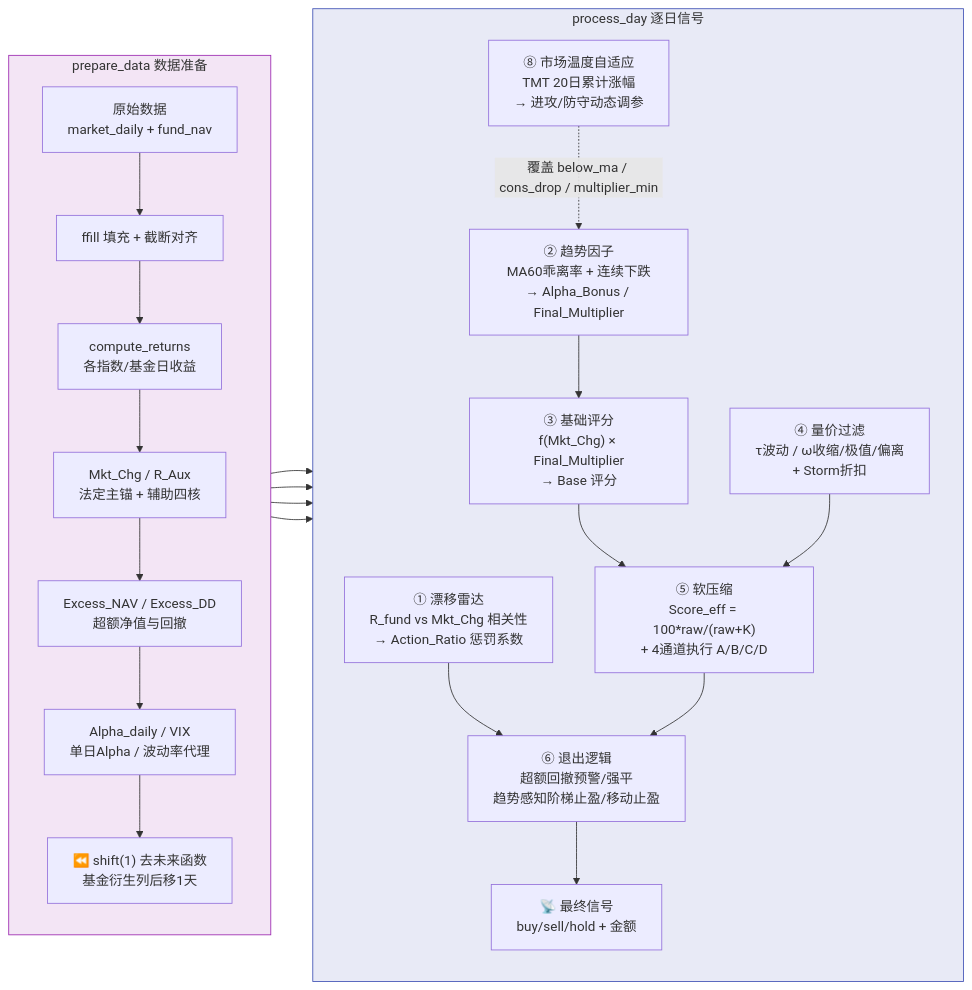
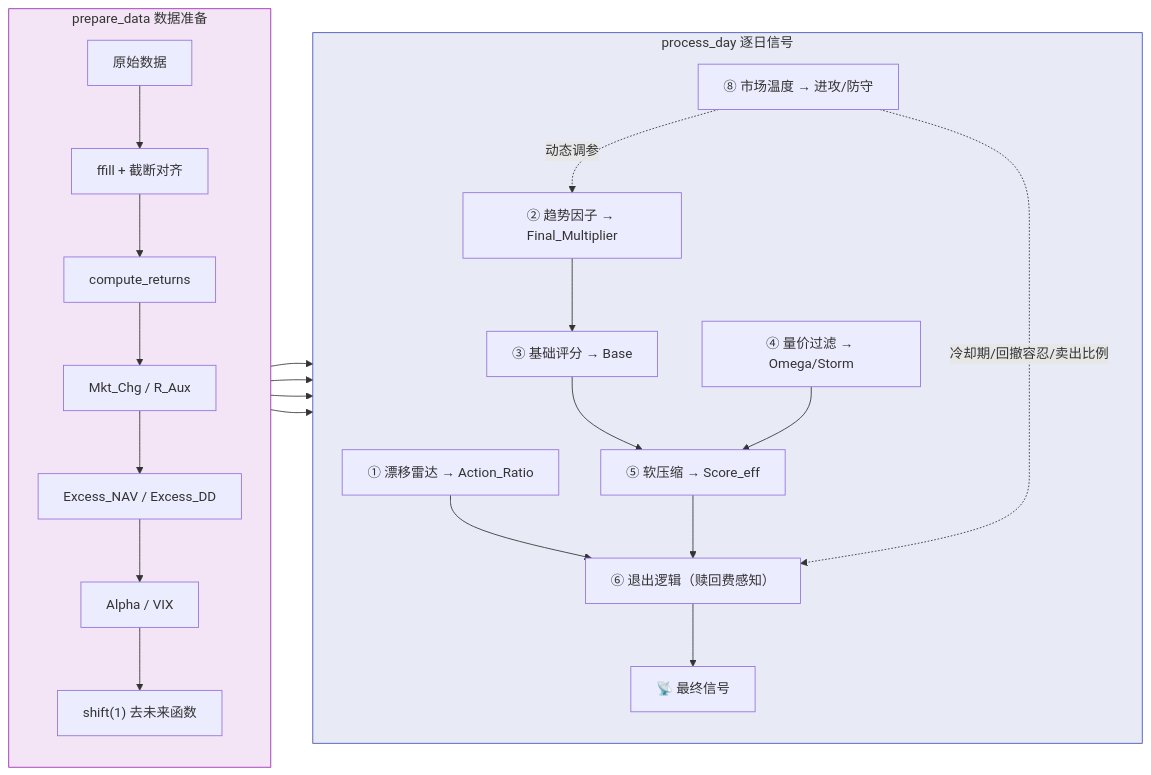
The second of 3 diagrams in README.md (liuhao666-lucky/quant-019018), drawn with Mermaid before and after one commit. The commit also changed other lines of this file and 16 other files, not shown here.

````diff
--- a/README.md
+++ b/README.md
@@ -94,30 +192,31 @@
 ```mermaid
 flowchart LR
     subgraph PREP["prepare_data 数据准备"]
         direction TB
-        R["原始数据<br/>market_daily + fund_nav"] --> F["ffill 填充 + 截断对齐"]
-        F --> C["compute_returns<br/>各指数/基金日收益"]
-        C --> B["Mkt_Chg / R_Aux<br/>法定主锚 + 辅助四核"]
-        B --> E["Excess_NAV / Excess_DD<br/>超额净值与回撤"]
-        E --> A["Alpha_daily / VIX<br/>单日Alpha / 波动率代理"]
-        A --> SH["⏪ shift(1) 去未来函数<br/>基金衍生列后移1天"]
+        R["原始数据"] --> F["ffill + 截断对齐"]
+        F --> C["compute_returns"]
+        C --> B["Mkt_Chg / R_Aux"]
+        B --> E["Excess_NAV / Excess_DD"]
+        E --> A["Alpha / VIX"]
+        A --> SH["shift(1) 去未来函数"]
     end
 
     subgraph SIGNAL["process_day 逐日信号"]
         direction TB
-        SH --> M1["① 漂移雷达<br/>R_fund vs Mkt_Chg 相关性<br/>→ Action_Ratio 惩罚系数"]
-        SH --> M2["② 趋势因子<br/>MA60乖离率 + 连续下跌<br/>→ Alpha_Bonus / Final_Multiplier"]
-        M2 --> M3["③ 基础评分<br/>f(Mkt_Chg) × Final_Multiplier<br/>→ Base 评分"]
-        SH --> M4["④ 量价过滤<br/>τ波动 / ω收缩/极值/偏离<br/>+ Storm折扣"]
-        SH --> M8["⑧ 市场温度自适应<br/>TMT 20日累计涨幅<br/>→ 进攻/防守动态调参"]
-        M8 -.->|"覆盖 below_ma / cons_drop / multiplier_min"| M2
-        M3 --> M5["⑤ 软压缩<br/>Score_eff = 100*raw/(raw+K)<br/>+ 4通道执行 A/B/C/D"]
+        SH --> M1["① 漂移雷达 → Action_Ratio"]
+        SH --> M2["② 趋势因子 → Final_Multiplier"]
+        M2 --> M3["③ 基础评分 → Base"]
+        SH --> M4["④ 量价过滤 → Omega/Storm"]
+        SH --> M8["⑧ 市场温度 → 进攻/防守"]
+        M8 -.->|"动态调参"| M2
+        M3 --> M5["⑤ 软压缩 → Score_eff"]
         M4 --> M5
-        M1 --> M6["⑥ 退出逻辑<br/>超额回撤预警/强平<br/>趋势感知阶梯止盈/移动止盈"]
+        M1 --> M6["⑥ 退出逻辑（赎回费感知）"]
         M5 --> M6
-        M6 --> OUT["📡 最终信号<br/>buy/sell/hold + 金额"]
+        M8 -.->|"冷却期/回撤容忍/卖出比例"| M6
+        M6 --> OUT["📡 最终信号"]
     end
 
     style PREP fill:#f3e5f5,stroke:#9c27b0
     style SIGNAL fill:#e8eaf6,stroke:#3f51b5
 ```
````
